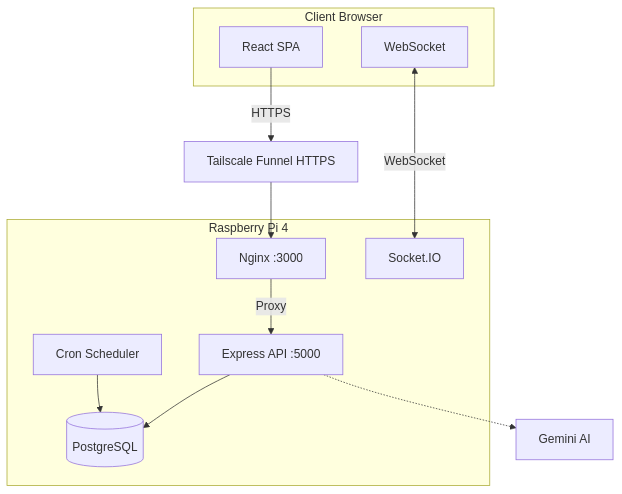
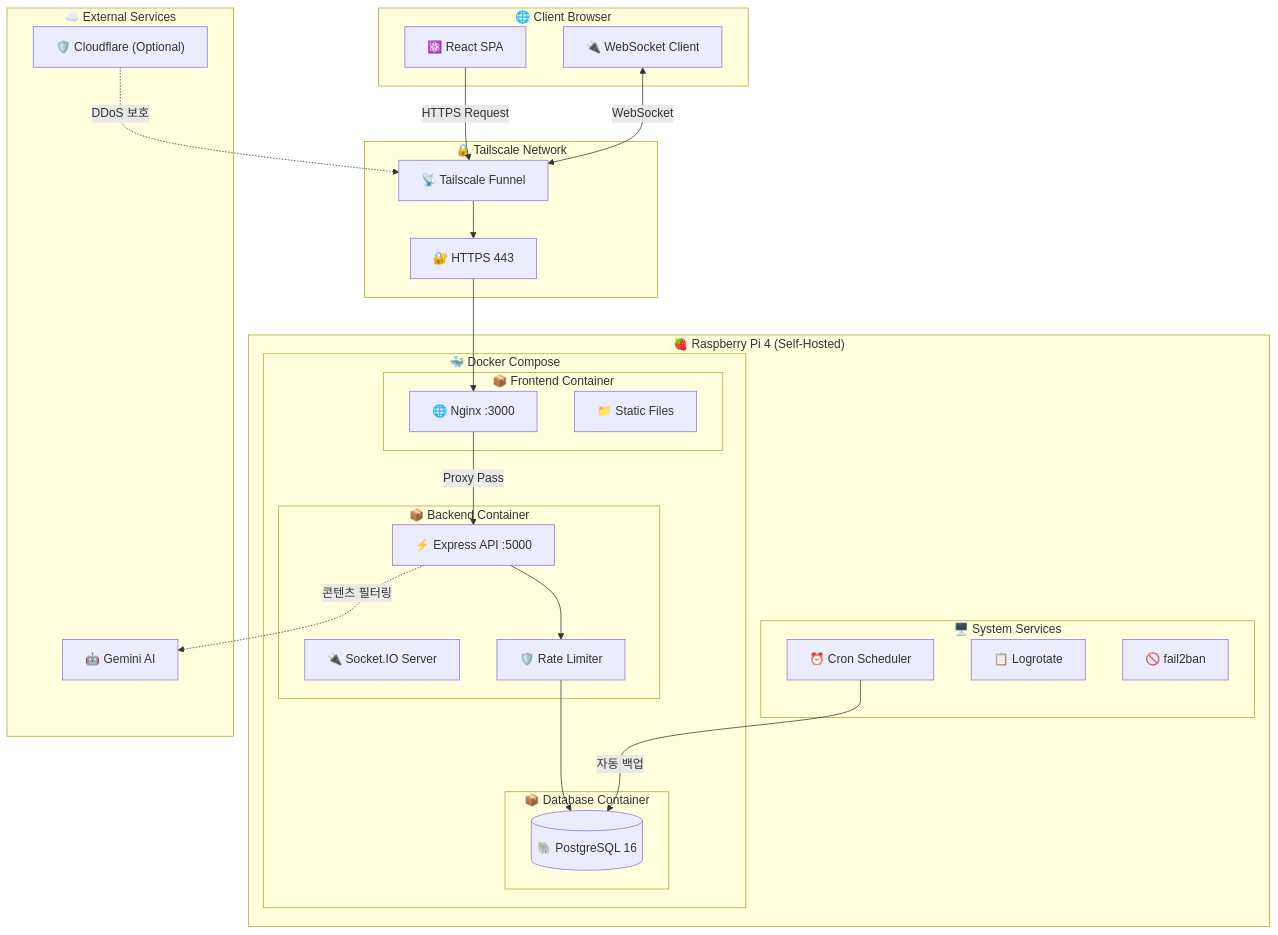
The third of 11 diagrams in README.md (doublesilver/subway-board), drawn with Mermaid before and after one commit. The commit also changed other lines of this file and 25 other files, not shown here.

````diff
--- a/README.md
+++ b/README.md
@@ -195,27 +205,53 @@
 ```mermaid
 flowchart TB
-    subgraph Client["Client Browser"]
-        ReactApp[React SPA]
-        WS_Client[WebSocket]
+    subgraph Client["🌐 Client Browser"]
+        ReactApp["⚛️ React SPA"]
+        WS_Client["🔌 WebSocket Client"]
     end
 
-    Tailscale[Tailscale Funnel HTTPS]
-
-    subgraph RaspberryPi["Raspberry Pi 4"]
-        Nginx[Nginx :3000]
-        ExpressAPI[Express API :5000]
-        WS_Server[Socket.IO]
-        Scheduler[Cron Scheduler]
-        PostgreSQL[(PostgreSQL)]
+    subgraph TailscaleNetwork["🔒 Tailscale Network"]
+        Funnel["📡 Tailscale Funnel"]
+        HTTPS["🔐 HTTPS 443"]
     end
 
-    Gemini[Gemini AI]
+    subgraph RaspberryPi["🍓 Raspberry Pi 4 (Self-Hosted)"]
+        subgraph Docker["🐳 Docker Compose"]
+            subgraph FrontendContainer["📦 Frontend Container"]
+                Nginx["🌐 Nginx :3000"]
+                StaticFiles["📁 Static Files"]
+            end
 
-    ReactApp -->|HTTPS| Tailscale
-    Tailscale --> Nginx
-    Nginx -->|Proxy| ExpressAPI
-    WS_Client <-->|WebSocket| WS_Server
-    ExpressAPI --> PostgreSQL
-    ExpressAPI -.-> Gemini
-    Scheduler --> PostgreSQL
+            subgraph BackendContainer["📦 Backend Container"]
+                ExpressAPI["⚡ Express API :5000"]
+                WS_Server["🔌 Socket.IO Server"]
+                RateLimit["🛡️ Rate Limiter"]
+            end
+
+            subgraph DBContainer["📦 Database Container"]
+                PostgreSQL[("🐘 PostgreSQL 16")]
+            end
+        end
+
+        subgraph System["🖥️ System Services"]
+            Cron["⏰ Cron Scheduler"]
+            Logrotate["📋 Logrotate"]
+            Fail2ban["🚫 fail2ban"]
+        end
+    end
+
+    subgraph External["☁️ External Services"]
+        Gemini["🤖 Gemini AI"]
+        Cloudflare["🛡️ Cloudflare (Optional)"]
+    end
+
+    ReactApp -->|"HTTPS Request"| Funnel
+    WS_Client <-->|"WebSocket"| Funnel
+    Funnel --> HTTPS
+    HTTPS --> Nginx
+    Nginx -->|"Proxy Pass"| ExpressAPI
+    ExpressAPI --> RateLimit
+    RateLimit --> PostgreSQL
+    ExpressAPI -.->|"콘텐츠 필터링"| Gemini
+    Cron -->|"자동 백업"| PostgreSQL
+    Cloudflare -.->|"DDoS 보호"| Funnel
 ```
````
